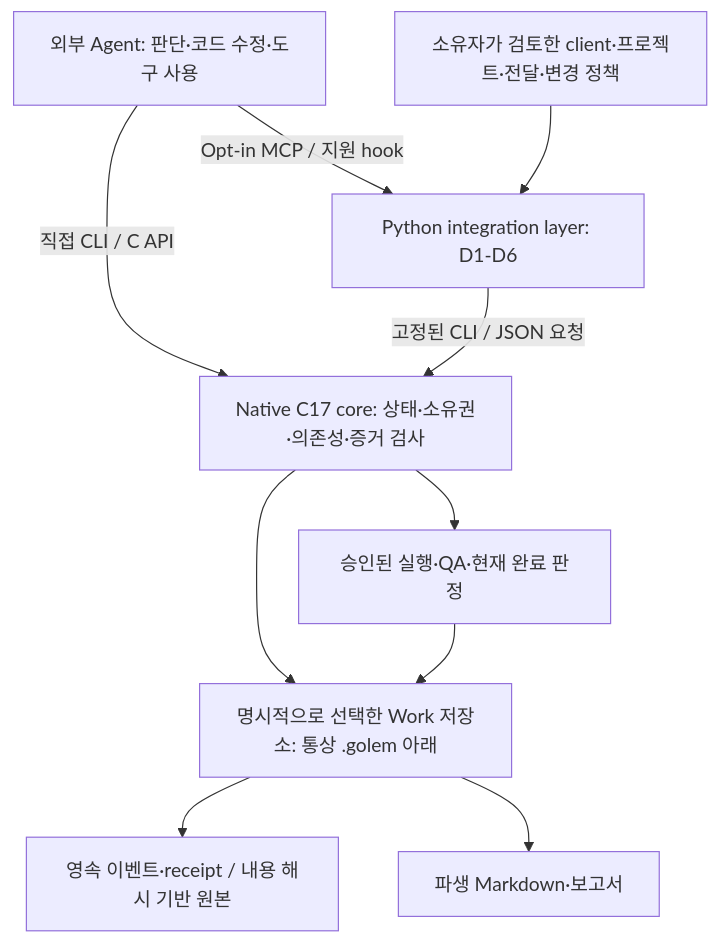
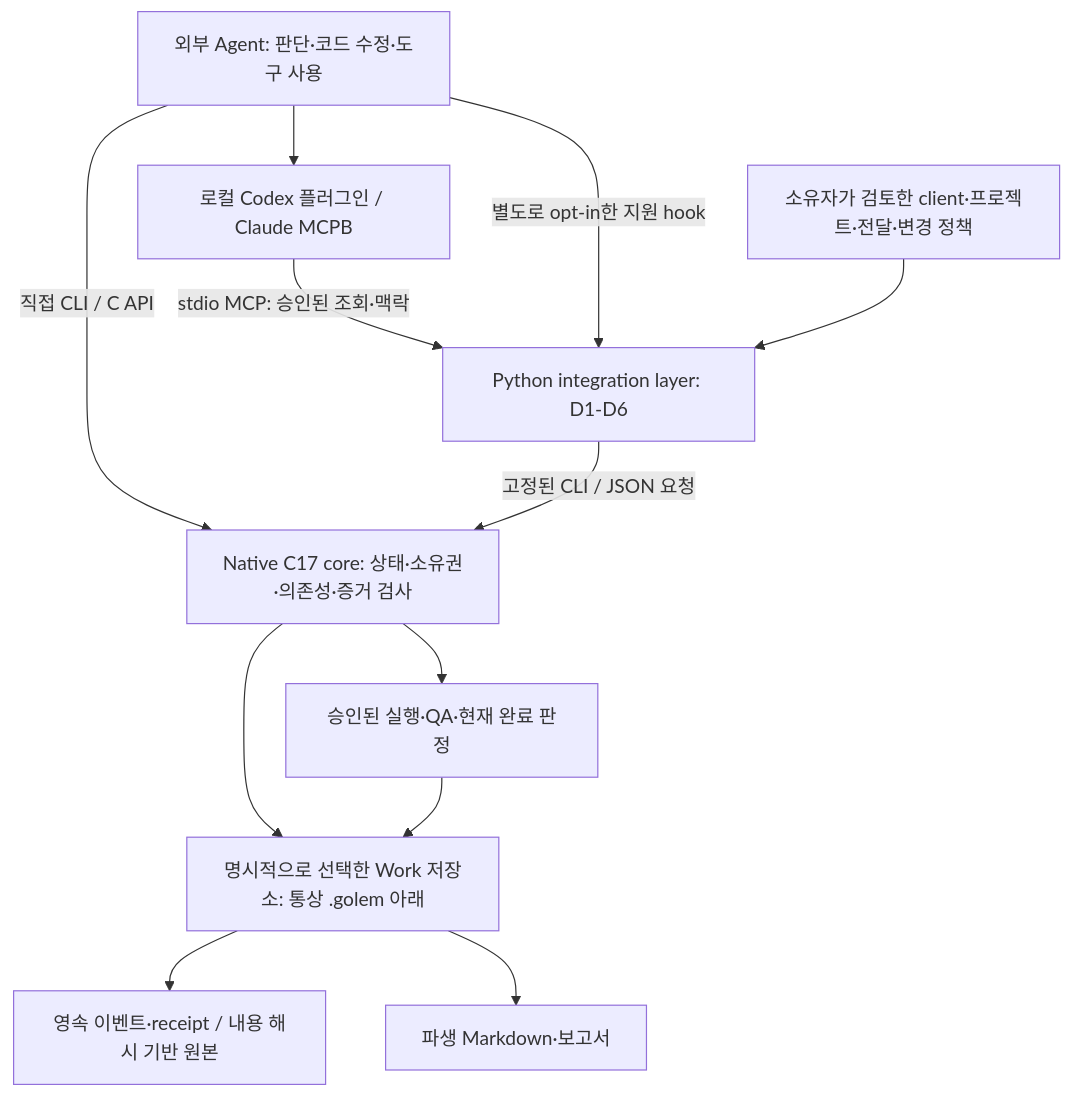
One commit to seadonggyun4/Golem changed the first of 2 diagrams in README.ko.md. Above: the diagram before and after it, drawn with Mermaid. The commit also changed other lines of this file and 8 other files, not shown here.

Commit message:
Document local Codex plugin setup and verified MCP client paths

````diff
--- a/README.ko.md
+++ b/README.ko.md
@@ -38,12 +51,14 @@
 ```mermaid
 flowchart TD
     A["외부 Agent: 판단·코드 수정·도구 사용"] -->|"직접 CLI / C API"| C["Native C17 core: 상태·소유권·의존성·증거 검사"]
-    A -->|"Opt-in MCP / 지원 hook"| I["Python integration layer: D1-D6"]
+    A --> L["로컬 Codex 플러그인 / Claude MCPB"]
+    L -->|"stdio MCP: 승인된 조회·맥락"| I["Python integration layer: D1-D6"]
+    A -->|"별도로 opt-in한 지원 hook"| I
     O["소유자가 검토한 client·프로젝트·전달·변경 정책"] --> I
     I -->|"고정된 CLI / JSON 요청"| C
     C --> E["승인된 실행·QA·현재 완료 판정"]
     C --> S["명시적으로 선택한 Work 저장소: 통상 .golem 아래"]
     E --> S
     S --> J["영속 이벤트·receipt / 내용 해시 기반 원본"]
     S --> M["파생 Markdown·보고서"]
 ```
````
